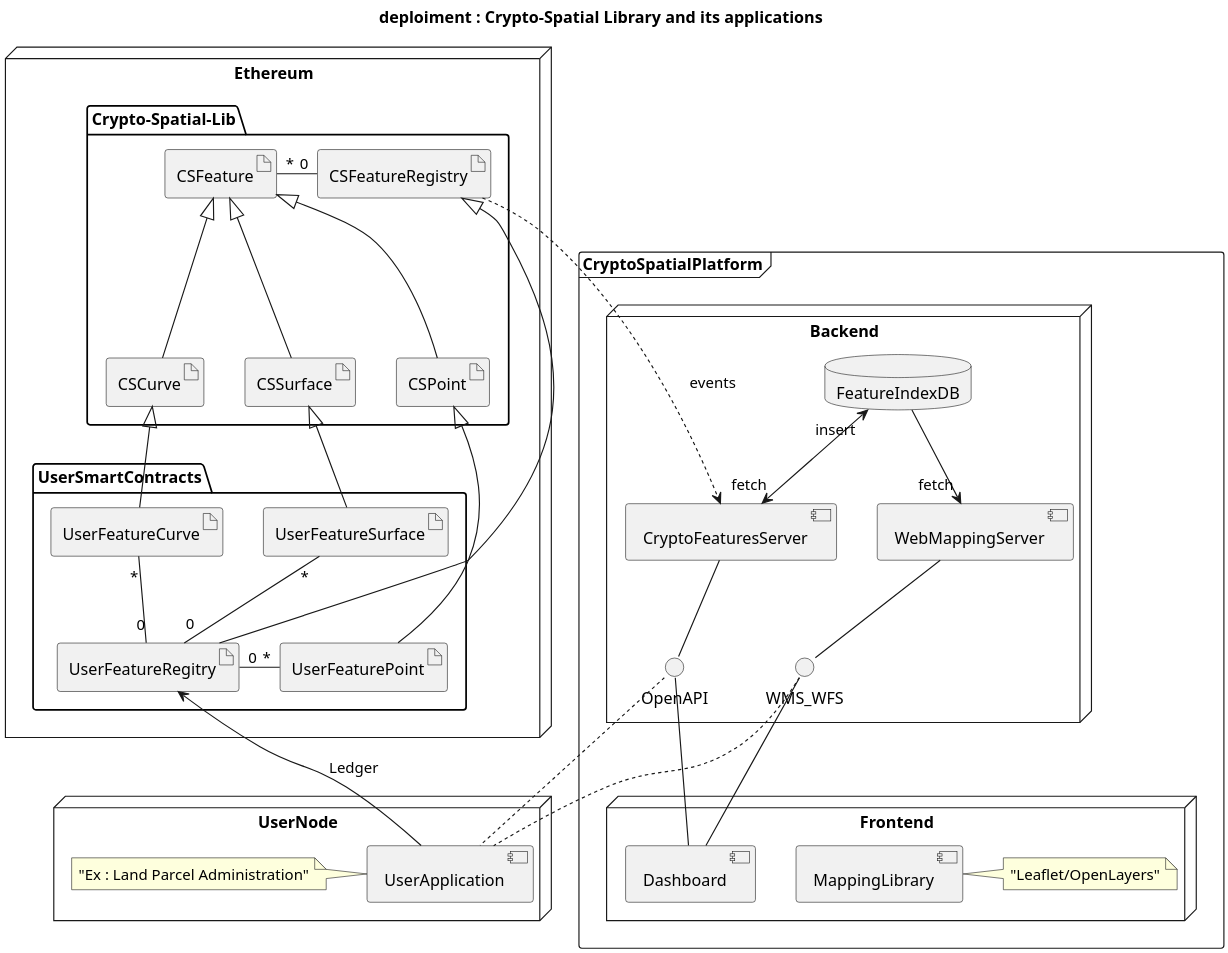
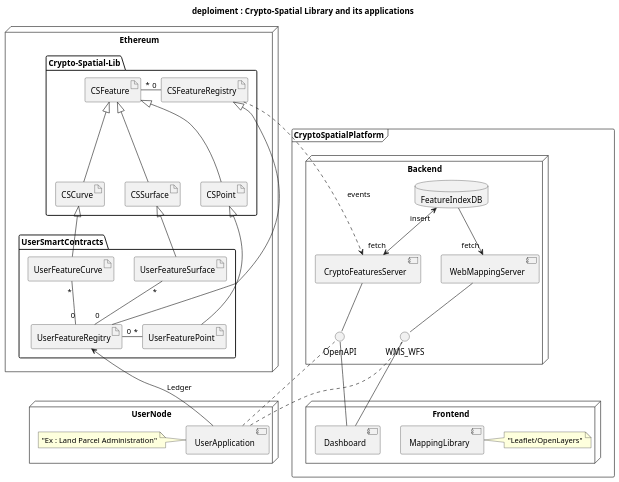
Before and after one commit to enlight-me/decentralized-land-admin: the diagram in docs/diagrams/src/deploy-crypto-spatial-lib.wsd, drawn with PlantUML. The commit also changed other lines of this file and 12 other files, not shown here.

```diff
--- a/docs/diagrams/src/deploy-crypto-spatial-lib.wsd
+++ b/docs/diagrams/src/deploy-crypto-spatial-lib.wsd
@@ -1,62 +2,62 @@
 @startuml deploy-crypto-spatial-lib
 title deploiment : Crypto-Spatial Library and its applications 
-scale 10 width
-scale 2000 height
+scale 100 width
+scale 1000 height
 
 node Ethereum {
     folder Crypto-Spatial-Lib {
         artifact CSFeature
         artifact CSPoint
         artifact CSCurve
         artifact CSSurface
         CSPoint -up-|> CSFeature 
         CSCurve -up-|> CSFeature 
         CSSurface -up-|> CSFeature 
         artifact CSFeatureRegistry
         CSFeatureRegistry "0" -right- "*" CSFeature
     }
     package UserSmartContracts {                
         artifact UserFeatureSurface
         UserFeatureSurface -up-|> CSSurface
         artifact UserFeatureCurve
         UserFeatureCurve -up-|> CSCurve
         artifact UserFeaturePoint
         UserFeaturePoint -up-|> CSPoint
         artifact UserFeatureRegitry
         UserFeatureRegitry -up-|> CSFeatureRegistry  
         UserFeatureRegitry "0" -right- "*" UserFeaturePoint     
         UserFeatureRegitry "0" -up- "*" UserFeatureSurface     
         UserFeatureRegitry "0" -up- "*" UserFeatureCurve            
     }
 }    
 
 frame CryptoSpatialPlatform {
     node Backend {
         database FeatureIndexDB     
         component WebMappingServer
         component CryptoFeaturesServer
         FeatureIndexDB "insert" <-down-> "fetch" CryptoFeaturesServer
         FeatureIndexDB -down-> "fetch" WebMappingServer
         WMS_WFS -up- WebMappingServer
         OpenAPI -up- CryptoFeaturesServer
         CSFeatureRegistry ...> CryptoFeaturesServer : events
     }
 
     node Frontend {
         component MappingLibrary
         note right : "Leaflet/OpenLayers"
         component Dashboard
         WMS_WFS -down- Dashboard
         OpenAPI -down- Dashboard    
     }
 }
 
 node UserNode {
     component UserApplication
     note left : "Ex : Land Parcel Administration"
     WMS_WFS .. UserApplication
     OpenAPI .. UserApplication 
     UserFeatureRegitry <-- UserApplication : Ledger   
 }
 
 @enduml
```
